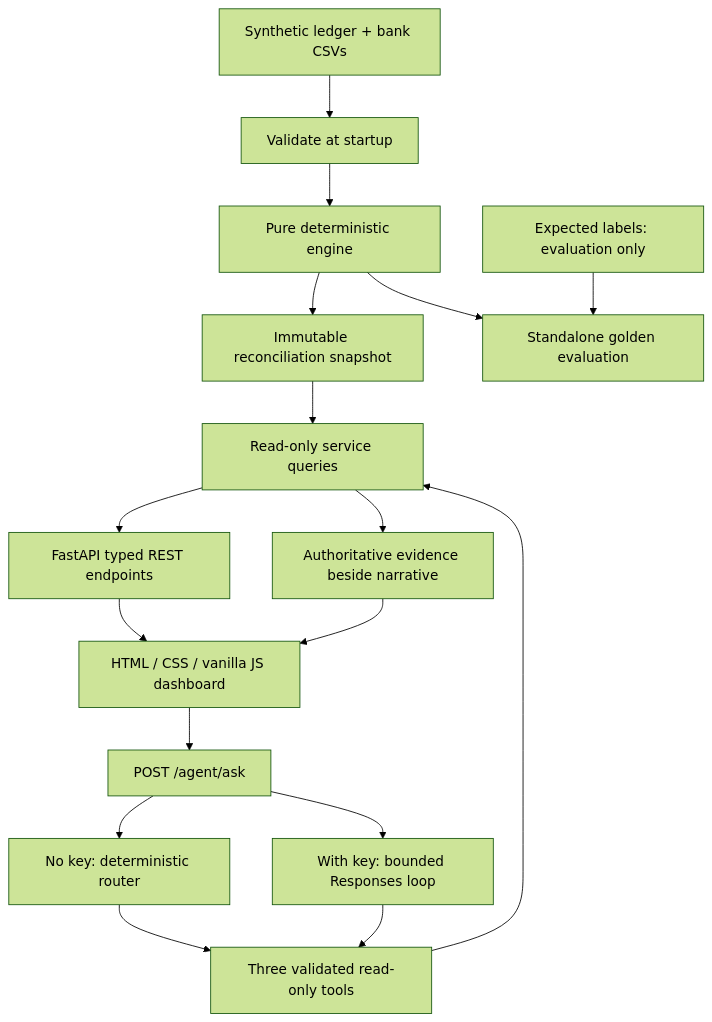
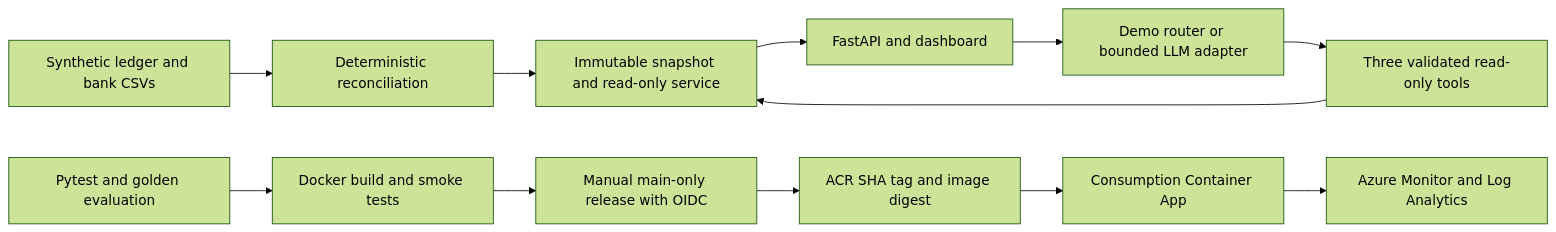
The diagram in README.md (yj-projects/payment-recon-agent), drawn with Mermaid (forest theme) before and after one commit. The commit also changed other lines of this file and 9 other files, not shown here.

````diff
--- a/README.md
+++ b/README.md
@@ -85,19 +42,14 @@
 ```mermaid
-flowchart TD
-    CSV["Synthetic ledger + bank CSVs"] --> Load["Validate at startup"]
-    Load --> Engine["Pure deterministic engine"]
-    Engine --> Snapshot["Immutable reconciliation snapshot"]
-    Snapshot --> Service["Read-only service queries"]
-    Service --> API["FastAPI typed REST endpoints"]
-    API --> UI["HTML / CSS / vanilla JS dashboard"]
-    UI --> Ask["POST /agent/ask"]
-    Ask --> Demo["No key: deterministic router"]
-    Ask --> LLM["With key: bounded Responses loop"]
-    Demo --> Tools["Three validated read-only tools"]
-    LLM --> Tools
+flowchart LR
+    CSV[Synthetic ledger and bank CSVs] --> Engine[Deterministic reconciliation]
+    Engine --> Service[Immutable snapshot and read-only service]
+    Service --> API[FastAPI and dashboard]
+    API --> Agent[Demo router or bounded LLM adapter]
+    Agent --> Tools[Three validated read-only tools]
     Tools --> Service
-    Service --> Evidence["Authoritative evidence beside narrative"]
-    Evidence --> UI
-    Engine --> Eval["Standalone golden evaluation"]
-    Labels["Expected labels: evaluation only"] --> Eval
+    CI[Pytest and golden evaluation] --> Smoke[Docker build and smoke tests]
+    Smoke --> Release[Manual main-only release with OIDC]
+    Release --> ACR[ACR SHA tag and image digest]
+    ACR --> ACA[Consumption Container App]
+    ACA --> Logs[Azure Monitor and Log Analytics]
 ```
````
